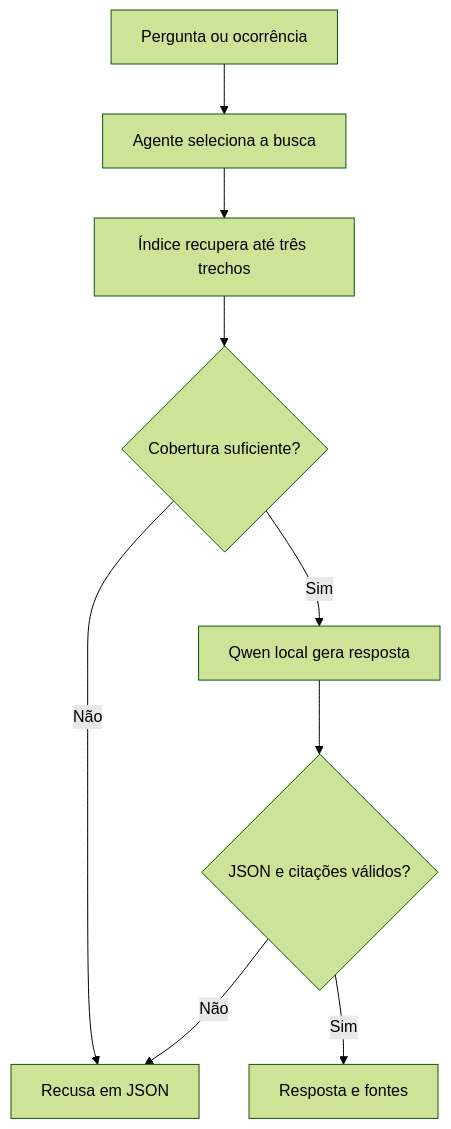
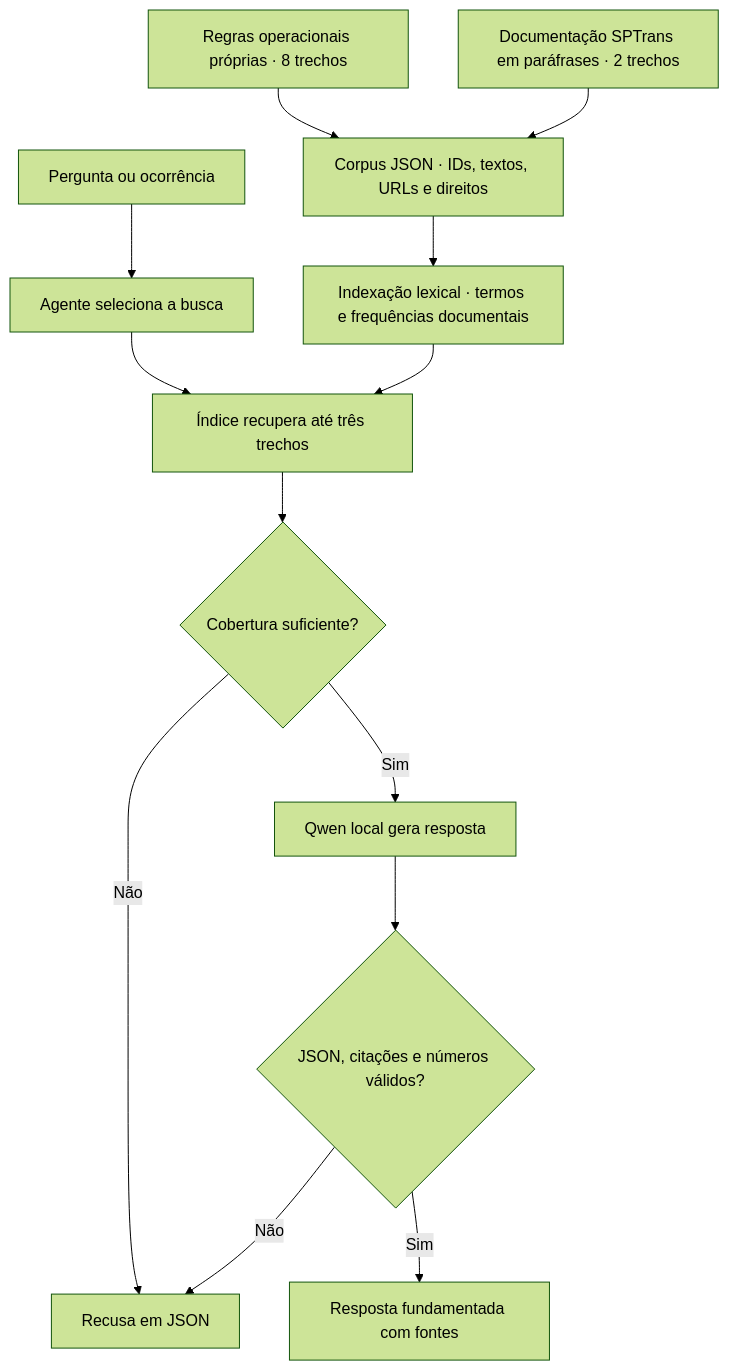
The diagram in docs/gs/GENAI.md (MachadONLY/patio-monitor-ia-generativa), drawn with Mermaid (forest theme) before and after one commit. The commit also changed other lines of this file, not shown here.

Commit message:
docs(genai): explicitar fluxo documental, licença, especialização por agente e links da entrega

````diff
--- a/docs/gs/GENAI.md
+++ b/docs/gs/GENAI.md
@@ -32,11 +32,15 @@
 ```mermaid
 flowchart TD
+    S1["Regras operacionais próprias · 8 trechos"] --> K["Corpus JSON · IDs, textos, URLs e direitos"]
+    S2["Documentação SPTrans em paráfrases · 2 trechos"] --> K
+    K --> I["Indexação lexical · termos e frequências documentais"]
     A["Pergunta ou ocorrência"] --> B["Agente seleciona a busca"]
     B --> C["Índice recupera até três trechos"]
+    I --> C
     C --> D{"Cobertura suficiente?"}
     D -->|Não| E["Recusa em JSON"]
     D -->|Sim| F["Qwen local gera resposta"]
-    F --> G{"JSON e citações válidos?"}
-    G -->|Sim| H["Resposta e fontes"]
+    F --> G{"JSON, citações e números válidos?"}
+    G -->|Sim| H["Resposta fundamentada com fontes"]
     G -->|Não| E
 ```
````
